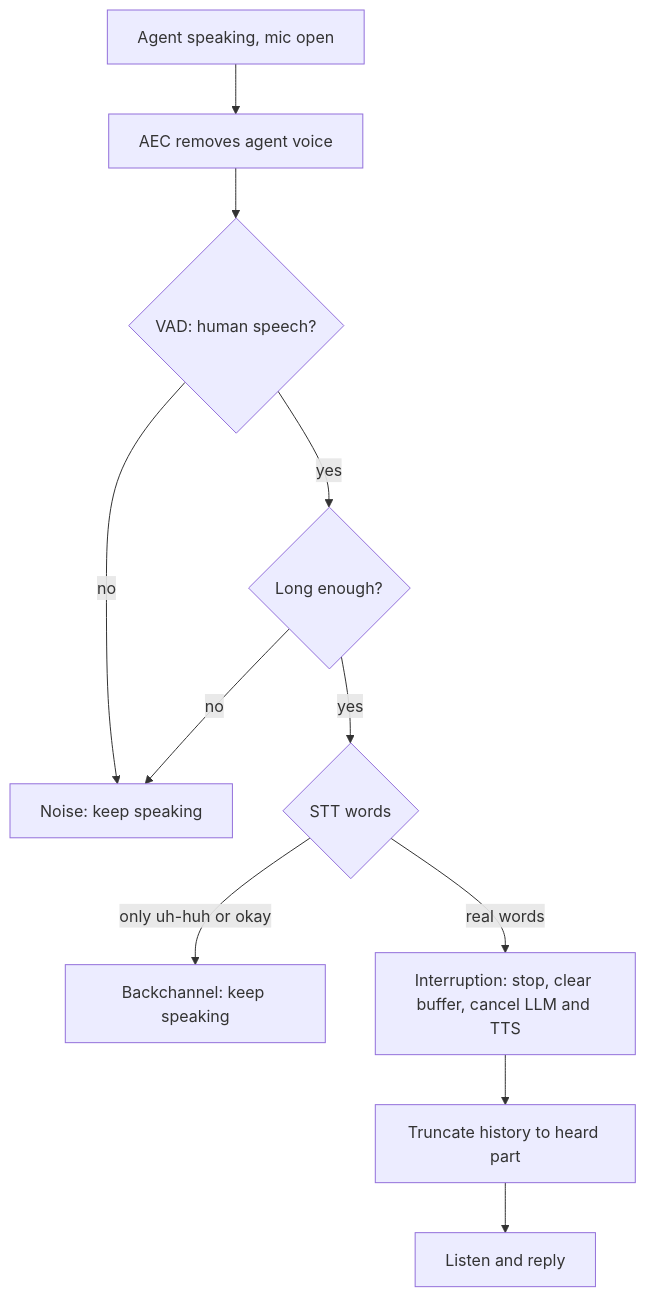
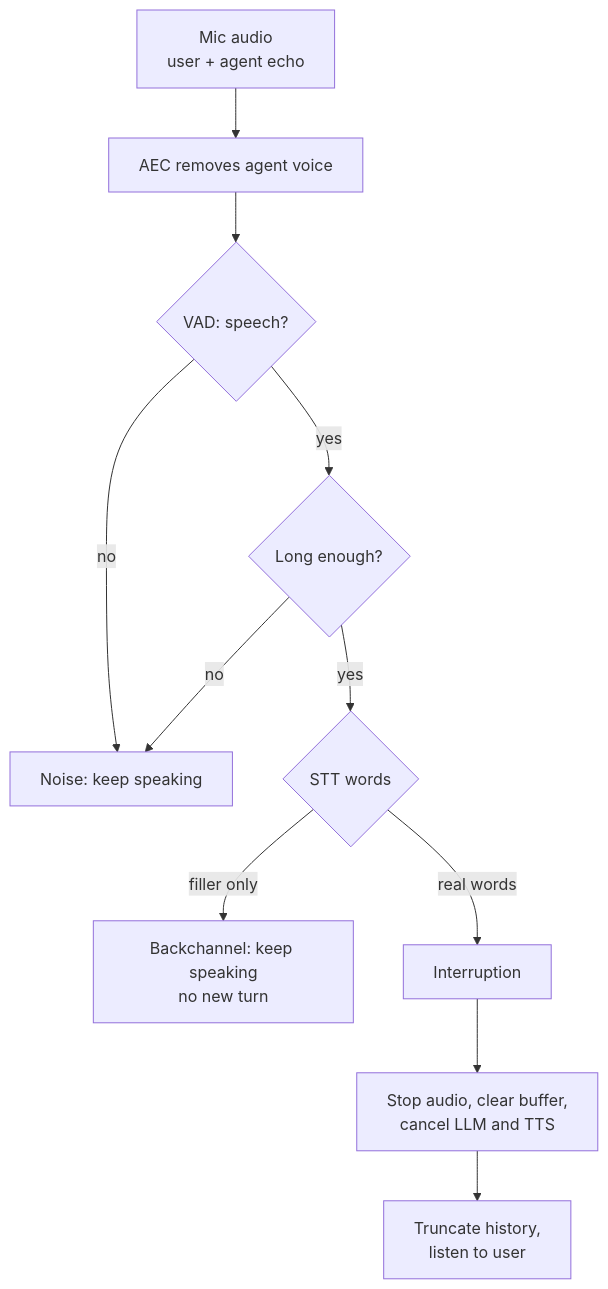
Before and after one commit to kaisarnajar/outcome-school-blogs: the diagram in notes/step-16-ai-infrastructure-deployment-and-system-design/206-overlapping-speech-in-voice-agents.md, drawn with Mermaid. The commit also changed other lines of this file and 233 other files, not shown here.

````diff
--- a/notes/step-16-ai-infrastructure-deployment-and-system-design/206-overlapping-speech-in-voice-agents.md
+++ b/notes/step-16-ai-infrastructure-deployment-and-system-design/206-overlapping-speech-in-voice-agents.md
@@ -45,13 +71,13 @@
 ```mermaid
 flowchart TD
-    A["Agent speaking, mic open"] --> B["AEC removes agent voice"]
-    B --> C{"VAD: human speech?"}
-    C -->|"no"| N["Noise: keep speaking"]
-    C -->|"yes"| D{"Long enough?"}
-    D -->|"no"| N
-    D -->|"yes"| E{"STT words"}
-    E -->|"only uh-huh or okay"| F["Backchannel: keep speaking"]
-    E -->|"real words"| G["Interruption: stop, clear buffer, cancel LLM and TTS"]
-    G --> H["Truncate history to heard part"]
-    H --> I["Listen and reply"]
+A1["Mic audio<br/>user + agent echo"] --> B1["AEC removes agent voice"]
+B1 --> C1{"VAD: speech?"}
+C1 -->|"no"| N1["Noise: keep speaking"]
+C1 -->|"yes"| D1{"Long enough?"}
+D1 -->|"no"| N1
+D1 -->|"yes"| E1{"STT words"}
+E1 -->|"filler only"| BC1["Backchannel: keep speaking<br/>no new turn"]
+E1 -->|"real words"| I1["Interruption"]
+I1 --> S1["Stop audio, clear buffer,<br/>cancel LLM and TTS"]
+S1 --> H1["Truncate history,<br/>listen to user"]
 ```
````
